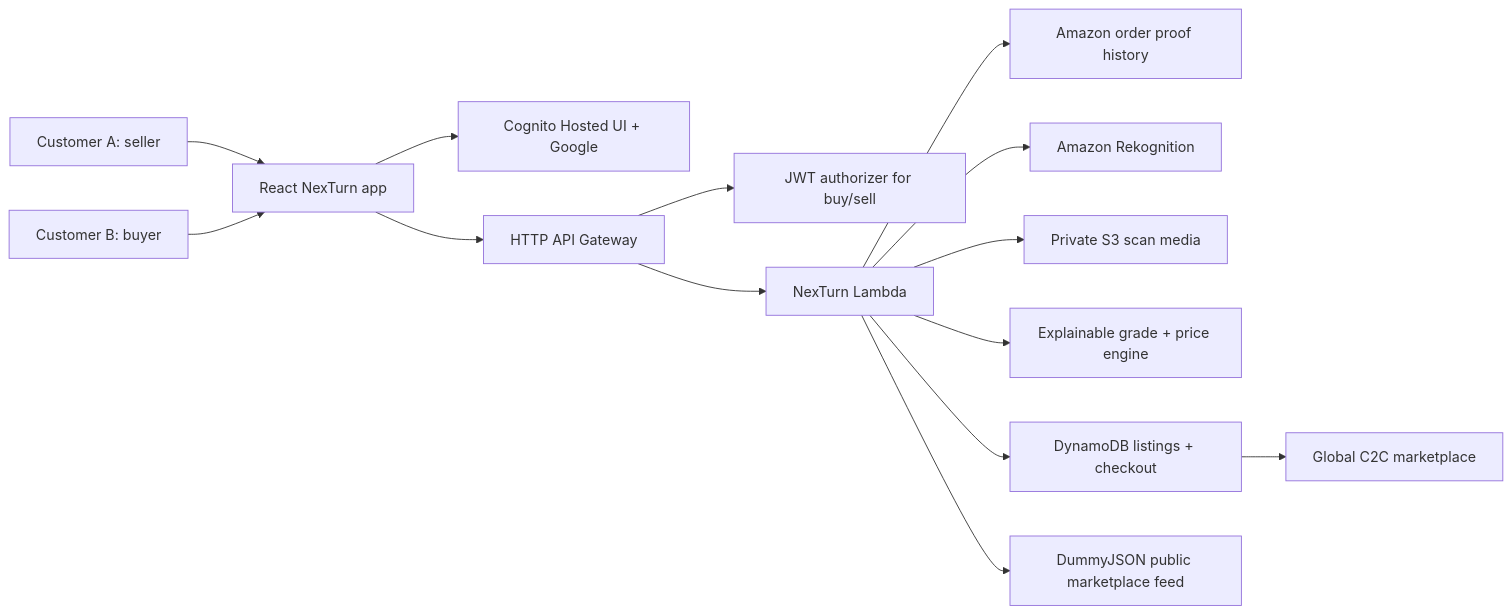
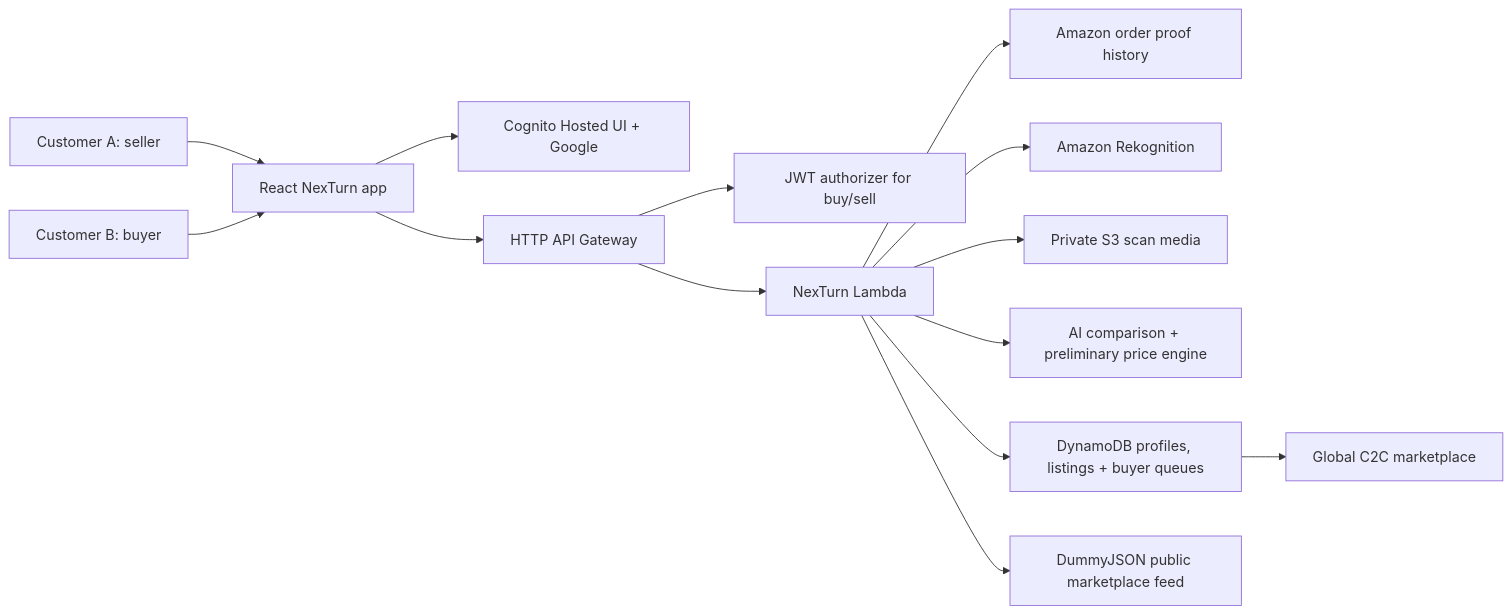
Before and after one commit to AKSHATSPAR/nexturn: the diagram in README.md, drawn with Mermaid. The commit also changed other lines of this file and 18 other files, not shown here.

````diff
--- a/README.md
+++ b/README.md
@@ -44,16 +50,16 @@
 ```mermaid
 flowchart LR
   Seller["Customer A: seller"] --> Web["React NexTurn app"]
   Buyer["Customer B: buyer"] --> Web
   Web --> Auth["Cognito Hosted UI + Google"]
   Web --> API["HTTP API Gateway"]
   API --> JWT["JWT authorizer for buy/sell"]
   API --> Lambda["NexTurn Lambda"]
   Lambda --> Orders["Amazon order proof history"]
   Lambda --> Rekognition["Amazon Rekognition"]
   Lambda --> S3["Private S3 scan media"]
-  Lambda --> Scorecard["Explainable grade + price engine"]
-  Lambda --> DDB["DynamoDB listings + checkout"]
+  Lambda --> Grading["AI comparison + preliminary price engine"]
+  Lambda --> DDB["DynamoDB profiles, listings + buyer queues"]
   Lambda --> PublicFeed["DummyJSON public marketplace feed"]
   DDB --> Marketplace["Global C2C marketplace"]
 ```
````
